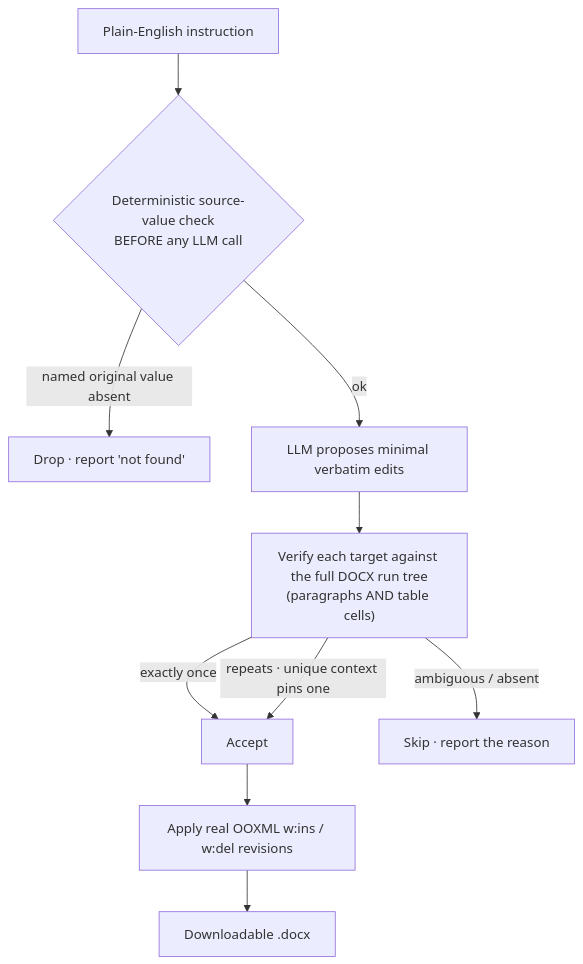
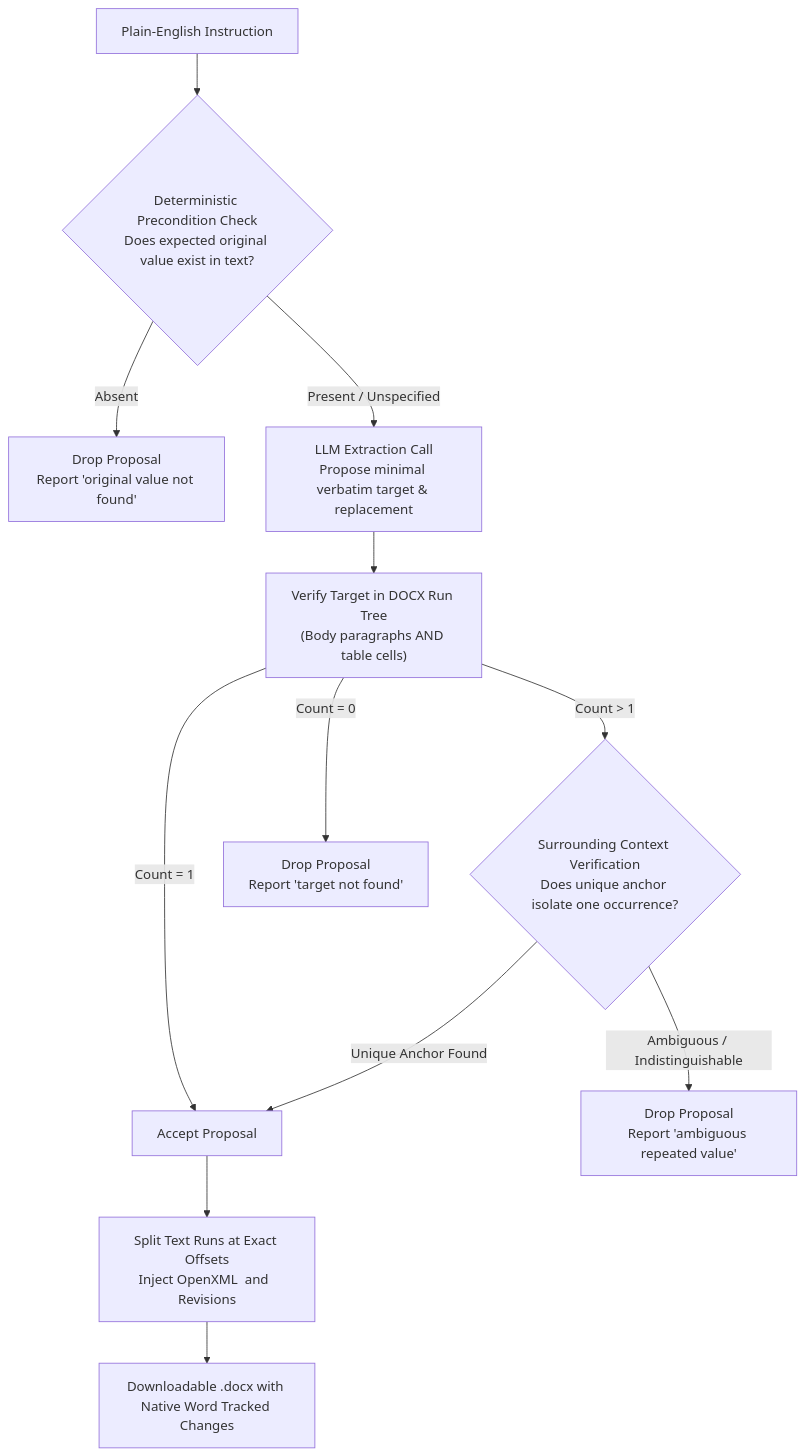
Before and after one commit to VishalRajExe/verbatim-demo: the fourth of 4 diagrams in README.md, drawn with Mermaid. The commit also changed other lines of this file, not shown here.

Commit message:
docs: expand README with tech stacks, working functions, and deep architectural Q&A

````diff
--- a/README.md
+++ b/README.md
@@ -179,12 +321,14 @@
 ```mermaid
 flowchart TD
-  A["Plain-English instruction"] --> B{"Deterministic source-value check<br/>BEFORE any LLM call"}
-  B -->|named original value absent| C["Drop · report 'not found'"]
-  B -->|ok| D["LLM proposes minimal verbatim edits"]
-  D --> E["Verify each target against the full DOCX run tree<br/>(paragraphs AND table cells)"]
-  E -->|exactly once| F["Accept"]
-  E -->|repeats · unique context pins one| F
-  E -->|ambiguous / absent| G["Skip · report the reason"]
-  F --> H["Apply real OOXML w:ins / w:del revisions"]
-  H --> I["Downloadable .docx"]
+  A["Plain-English Instruction"] --> B{"Deterministic Precondition Check<br/>Does expected original value exist in text?"}
+  B -->|Absent| C["Drop Proposal<br/>Report 'original value not found'"]
+  B -->|Present / Unspecified| D["LLM Extraction Call<br/>Propose minimal verbatim target & replacement"]
+  D --> E["Verify Target in DOCX Run Tree<br/>(Body paragraphs AND table cells)"]
+  E -->|Count = 1| F["Accept Proposal"]
+  E -->|Count > 1| G{"Surrounding Context Verification<br/>Does unique anchor isolate one occurrence?"}
+  G -->|Unique Anchor Found| F
+  G -->|Ambiguous / Indistinguishable| H["Drop Proposal<br/>Report 'ambiguous repeated value'"]
+  E -->|Count = 0| I["Drop Proposal<br/>Report 'target not found'"]
+  F --> J["Split Text Runs at Exact Offsets<br/>Inject OpenXML <w:del> and <w:ins> Revisions"]
+  J --> K["Downloadable .docx with Native Word Tracked Changes"]
 ```
````
